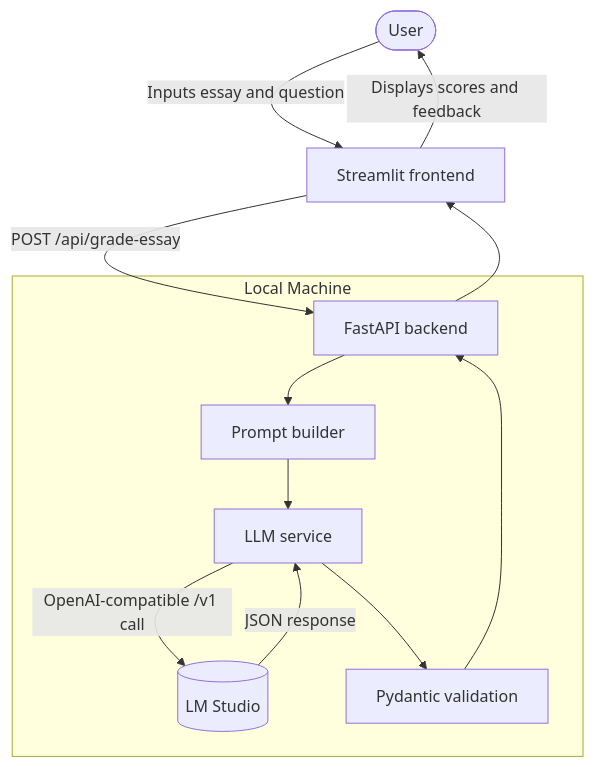
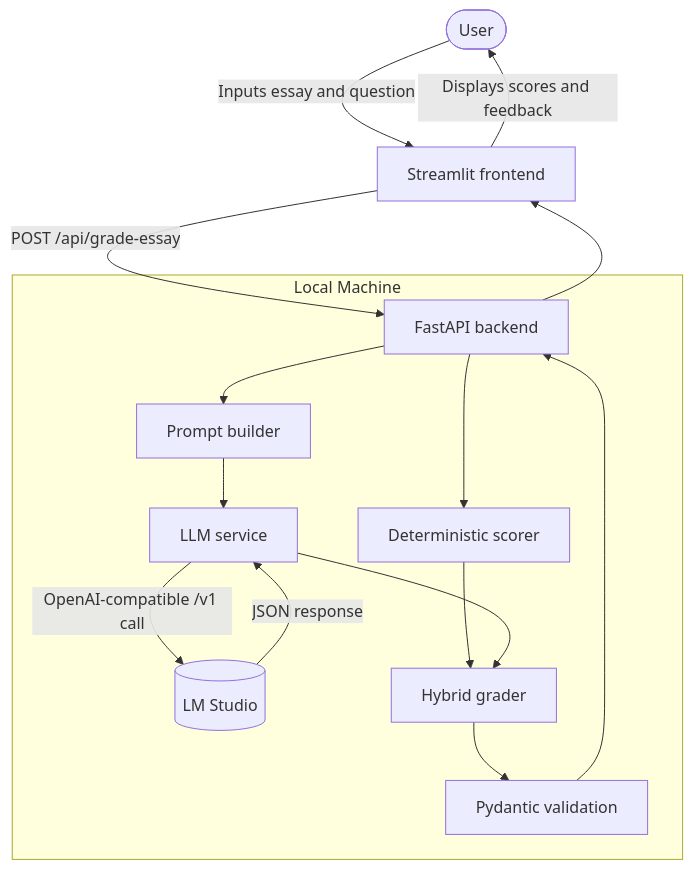
Before and after one commit to vuhung16au/essay-markings: the diagram in docs/architecture.md, drawn with Mermaid. The commit also changed other lines of this file and 5 other files, not shown here.

First line of the commit message:
Add deterministic scorer and hybrid grader

````diff
--- a/docs/architecture.md
+++ b/docs/architecture.md
@@ -16,17 +20,20 @@
 ```mermaid
 graph TD
     User([User]) -->|Inputs essay and question| UI[Streamlit frontend]
     UI -->|POST /api/grade-essay| API[FastAPI backend]
 
     subgraph Local Machine
+        API --> Deterministic[Deterministic scorer]
         API --> Prompt[Prompt builder]
         Prompt --> LLMService[LLM service]
         LLMService -->|OpenAI-compatible /v1 call| LMStudio[(LM Studio)]
         LMStudio -->|JSON response| LLMService
-        LLMService --> Validate[Pydantic validation]
+        Deterministic --> Hybrid[Hybrid grader]
+        LLMService --> Hybrid
+        Hybrid --> Validate[Pydantic validation]
     end
 
     Validate --> API
     API --> UI
     UI -->|Displays scores and feedback| User
 ```
````
